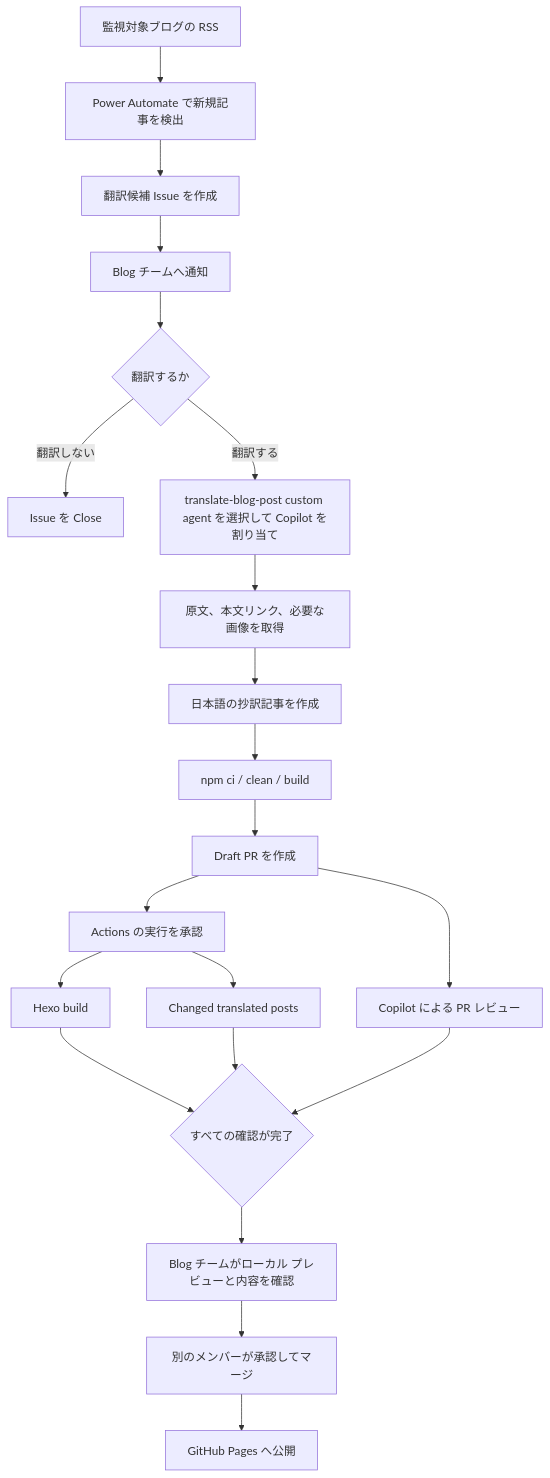
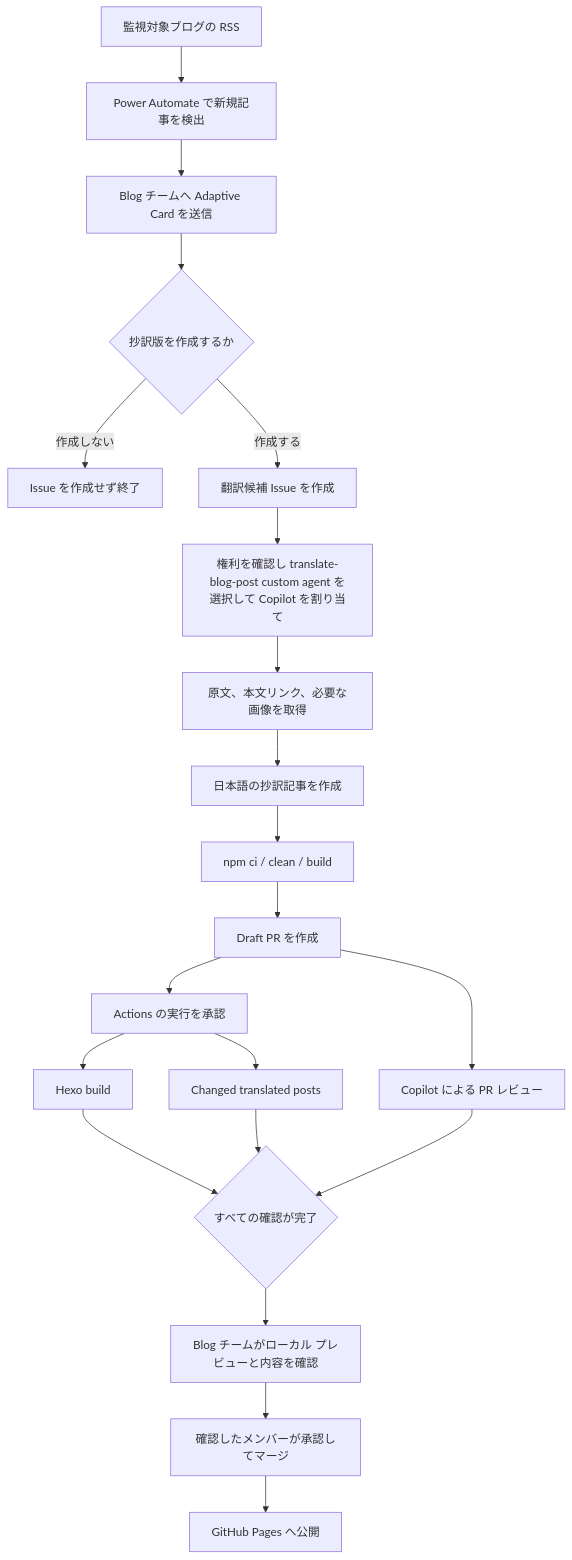
The diagram in docs/operations/translation-automation.md (jpmessaging/blog), drawn with Mermaid before and after one commit. The commit also changed other lines of this file and 1 other file, not shown here.

Commit message:
Update translation automation flow docs (#357)

````diff
--- a/docs/operations/translation-automation.md
+++ b/docs/operations/translation-automation.md
@@ -28,23 +29,23 @@
 ```mermaid
 flowchart TD
     A[監視対象ブログの RSS] --> B[Power Automate で新規記事を検出]
-    B --> C[翻訳候補 Issue を作成]
-    C --> D[Blog チームへ通知]
-    D --> E{翻訳するか}
-    E -->|翻訳しない| F[Issue を Close]
-    E -->|翻訳する| G[translate-blog-post custom agent を選択して Copilot を割り当て]
+    B --> C[Blog チームへ Adaptive Card を送信]
+    C --> D{抄訳版を作成するか}
+    D -->|作成しない| E[Issue を作成せず終了]
+    D -->|作成する| F[翻訳候補 Issue を作成]
+    F --> G[権利を確認し translate-blog-post custom agent を選択して Copilot を割り当て]
     G --> H[原文、本文リンク、必要な画像を取得]
     H --> I[日本語の抄訳記事を作成]
     I --> J[npm ci / clean / build]
     J --> K[Draft PR を作成]
     K --> L[Actions の実行を承認]
     L --> M[Hexo build]
     L --> N[Changed translated posts]
     K --> O[Copilot による PR レビュー]
     M --> P{すべての確認が完了}
     N --> P
     O --> P
     P --> Q[Blog チームがローカル プレビューと内容を確認]
-    Q --> R[別のメンバーが承認してマージ]
+    Q --> R[確認したメンバーが承認してマージ]
     R --> S[GitHub Pages へ公開]
 ```
````
